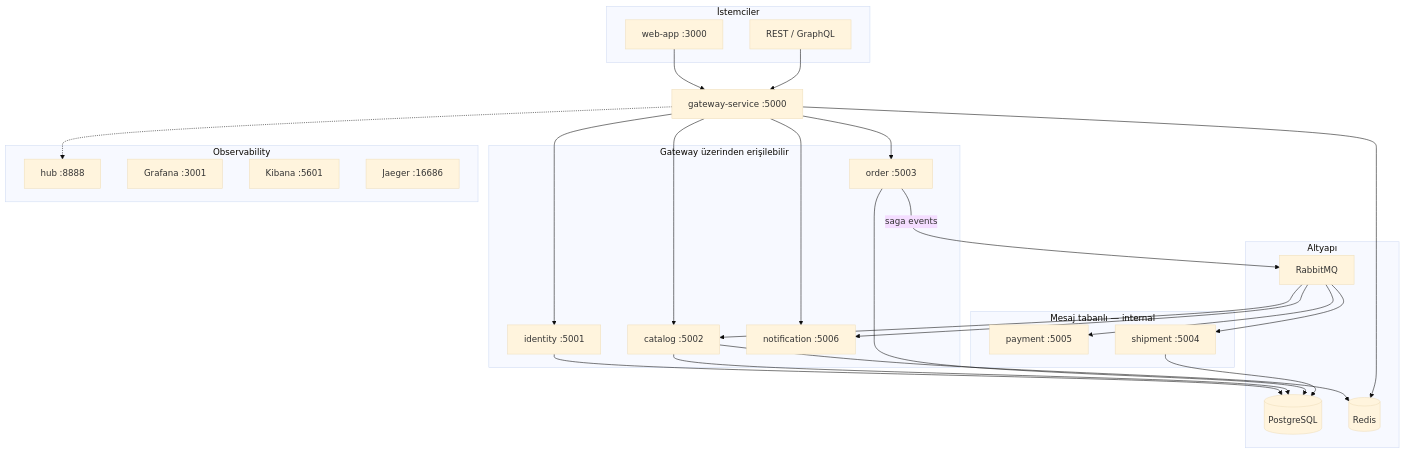
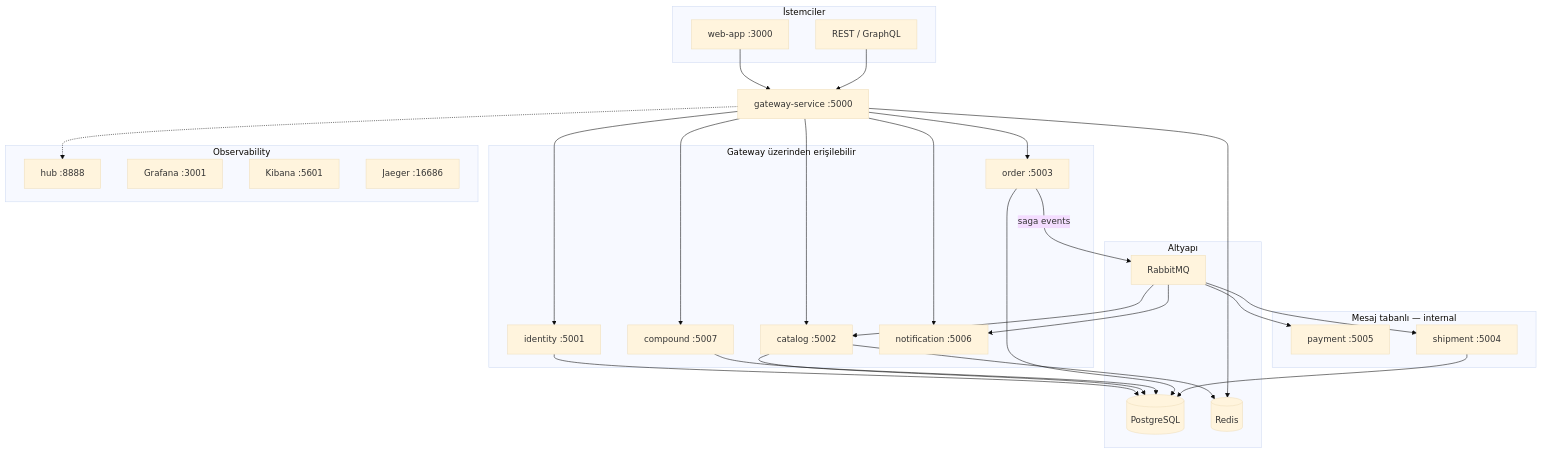
One commit to MihrimatriX/element-api changed the diagram in README.md. Above: the diagram before and after it, drawn with Mermaid (base theme). The commit also changed other lines of this file and 5024 other files, not shown here.

````diff
--- a/README.md
+++ b/README.md
@@ -32,43 +93,44 @@
 ```mermaid
 flowchart TB
     subgraph clients [İstemciler]
         Web[web-app :3000]
         API[REST / GraphQL]
     end
 
     GW[gateway-service :5000]
 
     subgraph public [Gateway üzerinden erişilebilir]
         ID[identity :5001]
         CAT[catalog :5002]
+        CMP[compound :5007]
         ORD[order :5003]
         NOT[notification :5006]
     end
 
     subgraph internal [Mesaj tabanlı — internal]
         PAY[payment :5005]
         SHP[shipment :5004]
     end
 
     subgraph infra [Altyapı]
         PG[(PostgreSQL)]
         RD[(Redis)]
         MQ[RabbitMQ]
     end
 
     subgraph obs [Observability]
         HUB[hub :8888]
         GRA[Grafana :3001]
         KIB[Kibana :5601]
         JAE[Jaeger :16686]
     end
 
     Web --> GW
     API --> GW
-    GW --> ID & CAT & ORD & NOT
+    GW --> ID & CAT & CMP & ORD & NOT
     ORD -->|saga events| MQ
     MQ --> PAY & SHP & CAT & NOT
-    ID & CAT & ORD & SHP --> PG
+    ID & CAT & CMP & ORD & SHP --> PG
     CAT & GW --> RD
     GW -.-> HUB
 ```
````
